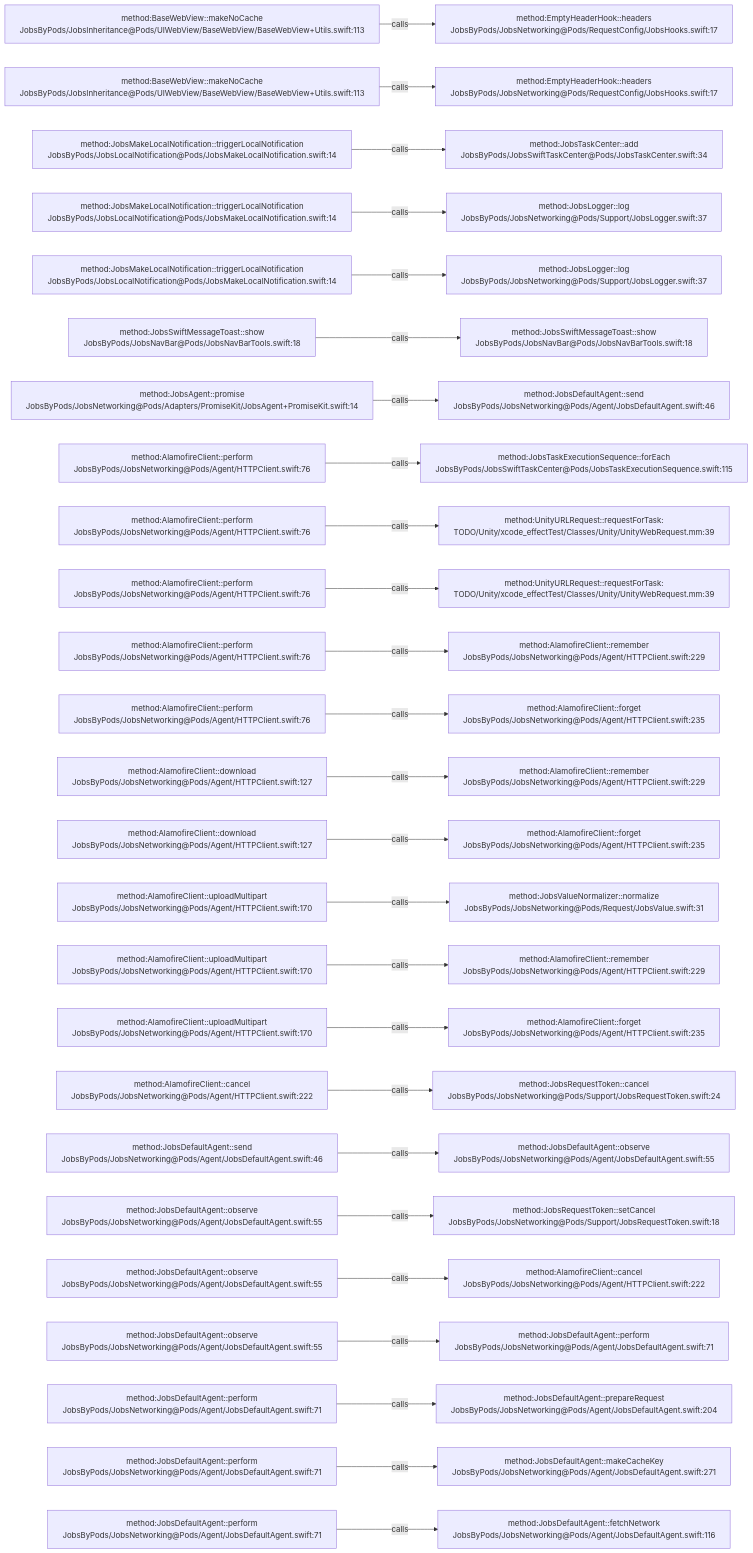
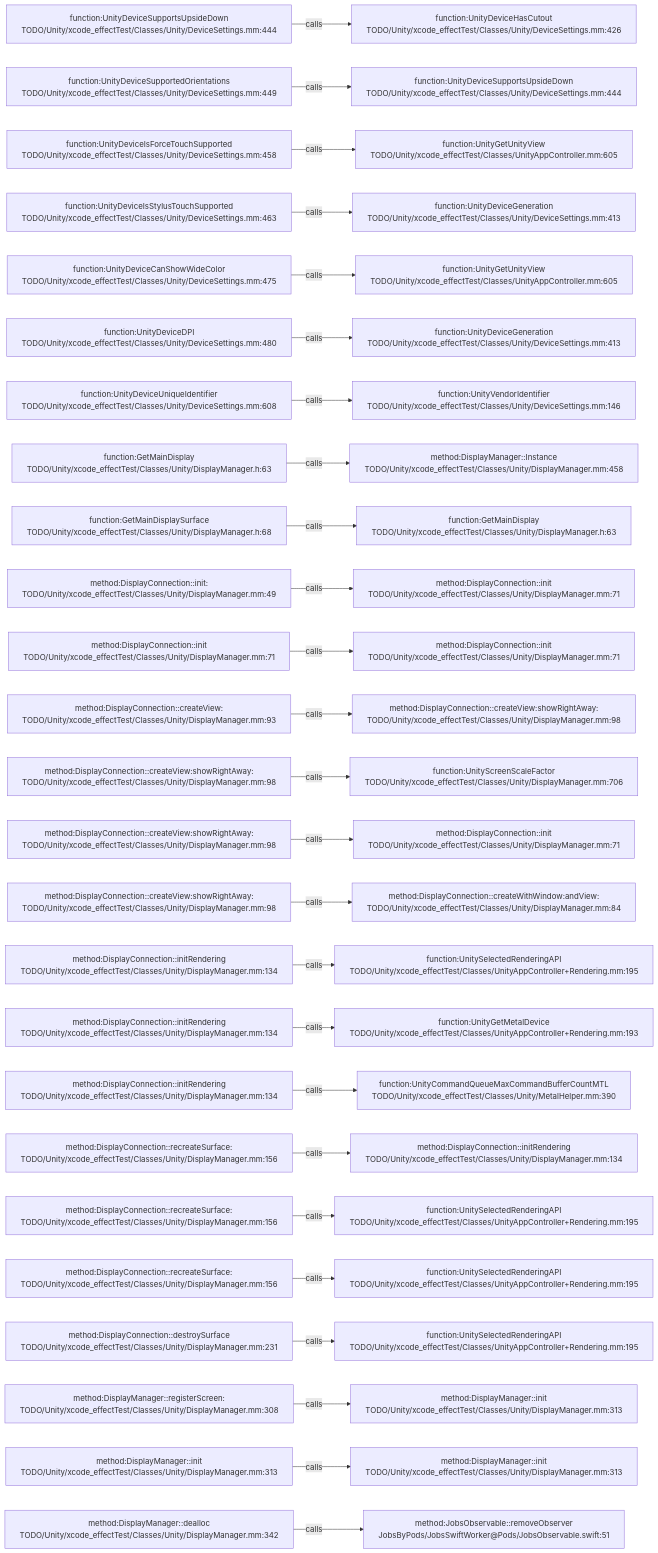
The diagram in .codegraph/codegraph.md/graphs/calls-036.md (JobsKits/JobsSwiftBaseConfigDemo), drawn with Mermaid before and after one commit. The commit also changed 227 other files, not shown here.

````diff
--- a/.codegraph/codegraph.md/graphs/calls-036.md
+++ b/.codegraph/codegraph.md/graphs/calls-036.md
@@ -13,78 +13,78 @@
 ```mermaid
 flowchart LR
-  S1["method:BaseWebView::makeNoCache<br/>JobsByPods/JobsInheritance@Pods/UIWebView/BaseWebView/BaseWebView+Utils.swift:113"]
-  T1["method:EmptyHeaderHook::headers<br/>JobsByPods/JobsNetworking@Pods/RequestConfig/JobsHooks.swift:17"]
+  S1["function:UnityDeviceSupportsUpsideDown<br/>TODO/Unity/xcode_effectTest/Classes/Unity/DeviceSettings.mm:444"]
+  T1["function:UnityDeviceHasCutout<br/>TODO/Unity/xcode_effectTest/Classes/Unity/DeviceSettings.mm:426"]
   S1 -->|calls| T1
-  S2["method:BaseWebView::makeNoCache<br/>JobsByPods/JobsInheritance@Pods/UIWebView/BaseWebView/BaseWebView+Utils.swift:113"]
-  T2["method:EmptyHeaderHook::headers<br/>JobsByPods/JobsNetworking@Pods/RequestConfig/JobsHooks.swift:17"]
+  S2["function:UnityDeviceSupportedOrientations<br/>TODO/Unity/xcode_effectTest/Classes/Unity/DeviceSettings.mm:449"]
+  T2["function:UnityDeviceSupportsUpsideDown<br/>TODO/Unity/xcode_effectTest/Classes/Unity/DeviceSettings.mm:444"]
   S2 -->|calls| T2
-  S3["method:JobsMakeLocalNotification::triggerLocalNotification<br/>JobsByPods/JobsLocalNotification@Pods/JobsMakeLocalNotification.swift:14"]
-  T3["method:JobsTaskCenter::add<br/>JobsByPods/JobsSwiftTaskCenter@Pods/JobsTaskCenter.swift:34"]
+  S3["function:UnityDeviceIsForceTouchSupported<br/>TODO/Unity/xcode_effectTest/Classes/Unity/DeviceSettings.mm:458"]
+  T3["function:UnityGetUnityView<br/>TODO/Unity/xcode_effectTest/Classes/UnityAppController.mm:605"]
   S3 -->|calls| T3
-  S4["method:JobsMakeLocalNotification::triggerLocalNotification<br/>JobsByPods/JobsLocalNotification@Pods/JobsMakeLocalNotification.swift:14"]
-  T4["method:JobsLogger::log<br/>JobsByPods/JobsNetworking@Pods/Support/JobsLogger.swift:37"]
+  S4["function:UnityDeviceIsStylusTouchSupported<br/>TODO/Unity/xcode_effectTest/Classes/Unity/DeviceSettings.mm:463"]
+  T4["function:UnityDeviceGeneration<br/>TODO/Unity/xcode_effectTest/Classes/Unity/DeviceSettings.mm:413"]
   S4 -->|calls| T4
-  S5["method:JobsMakeLocalNotification::triggerLocalNotification<br/>JobsByPods/JobsLocalNotification@Pods/JobsMakeLocalNotification.swift:14"]
-  T5["method:JobsLogger::log<br/>JobsByPods/JobsNetworking@Pods/Support/JobsLogger.swift:37"]
+  S5["function:UnityDeviceCanShowWideColor<br/>TODO/Unity/xcode_effectTest/Classes/Unity/DeviceSettings.mm:475"]
+  T5["function:UnityGetUnityView<br/>TODO/Unity/xcode_effectTest/Classes/UnityAppController.mm:605"]
   S5 -->|calls| T5
-  S6["method:JobsSwiftMessageToast::show<br/>JobsByPods/JobsNavBar@Pods/JobsNavBarTools.swift:18"]
-  T6["method:JobsSwiftMessageToast::show<br/>JobsByPods/JobsNavBar@Pods/JobsNavBarTools.swift:18"]
+  S6["function:UnityDeviceDPI<br/>TODO/Unity/xcode_effectTest/Classes/Unity/DeviceSettings.mm:480"]
+  T6["function:UnityDeviceGeneration<br/>TODO/Unity/xcode_effectTest/Classes/Unity/DeviceSettings.mm:413"]
   S6 -->|calls| T6
-  S7["method:JobsAgent::promise<br/>JobsByPods/JobsNetworking@Pods/Adapters/PromiseKit/JobsAgent+PromiseKit.swift:14"]
-  T7["method:JobsDefaultAgent::send<br/>JobsByPods/JobsNetworking@Pods/Agent/JobsDefaultAgent.swift:46"]
+  S7["function:UnityDeviceUniqueIdentifier<br/>TODO/Unity/xcode_effectTest/Classes/Unity/DeviceSettings.mm:608"]
+  T7["function:UnityVendorIdentifier<br/>TODO/Unity/xcode_effectTest/Classes/Unity/DeviceSettings.mm:146"]
   S7 -->|calls| T7
-  S8["method:AlamofireClient::perform<br/>JobsByPods/JobsNetworking@Pods/Agent/HTTPClient.swift:76"]
-  T8["method:JobsTaskExecutionSequence::forEach<br/>JobsByPods/JobsSwiftTaskCenter@Pods/JobsTaskExecutionSequence.swift:115"]
+  S8["function:GetMainDisplay<br/>TODO/Unity/xcode_effectTest/Classes/Unity/DisplayManager.h:63"]
+  T8["method:DisplayManager::Instance<br/>TODO/Unity/xcode_effectTest/Classes/Unity/DisplayManager.mm:458"]
   S8 -->|calls| T8
-  S9["method:AlamofireClient::perform<br/>JobsByPods/JobsNetworking@Pods/Agent/HTTPClient.swift:76"]
-  T9["method:UnityURLRequest::requestForTask:<br/>TODO/Unity/xcode_effectTest/Classes/Unity/UnityWebRequest.mm:39"]
+  S9["function:GetMainDisplaySurface<br/>TODO/Unity/xcode_effectTest/Classes/Unity/DisplayManager.h:68"]
+  T9["function:GetMainDisplay<br/>TODO/Unity/xcode_effectTest/Classes/Unity/DisplayManager.h:63"]
   S9 -->|calls| T9
-  S10["method:AlamofireClient::perform<br/>JobsByPods/JobsNetworking@Pods/Agent/HTTPClient.swift:76"]
-  T10["method:UnityURLRequest::requestForTask:<br/>TODO/Unity/xcode_effectTest/Classes/Unity/UnityWebRequest.mm:39"]
+  S10["method:DisplayConnection::init:<br/>TODO/Unity/xcode_effectTest/Classes/Unity/DisplayManager.mm:49"]
+  T10["method:DisplayConnection::init<br/>TODO/Unity/xcode_effectTest/Classes/Unity/DisplayManager.mm:71"]
   S10 -->|calls| T10
-  S11["method:AlamofireClient::perform<br/>JobsByPods/JobsNetworking@Pods/Agent/HTTPClient.swift:76"]
-  T11["method:AlamofireClient::remember<br/>JobsByPods/JobsNetworking@Pods/Agent/HTTPClient.swift:229"]
+  S11["method:DisplayConnection::init<br/>TODO/Unity/xcode_effectTest/Classes/Unity/DisplayManager.mm:71"]
+  T11["method:DisplayConnection::init<br/>TODO/Unity/xcode_effectTest/Classes/Unity/DisplayManager.mm:71"]
   S11 -->|calls| T11
-  S12["method:AlamofireClient::perform<br/>JobsByPods/JobsNetworking@Pods/Agent/HTTPClient.swift:76"]
-  T12["method:AlamofireClient::forget<br/>JobsByPods/JobsNetworking@Pods/Agent/HTTPClient.swift:235"]
+  S12["method:DisplayConnection::createView:<br/>TODO/Unity/xcode_effectTest/Classes/Unity/DisplayManager.mm:93"]
+  T12["method:DisplayConnection::createView:showRightAway:<br/>TODO/Unity/xcode_effectTest/Classes/Unity/DisplayManager.mm:98"]
   S12 -->|calls| T12
-  S13["method:AlamofireClient::download<br/>JobsByPods/JobsNetworking@Pods/Agent/HTTPClient.swift:127"]
-  T13["method:AlamofireClient::remember<br/>JobsByPods/JobsNetworking@Pods/Agent/HTTPClient.swift:229"]
+  S13["method:DisplayConnection::createView:showRightAway:<br/>TODO/Unity/xcode_effectTest/Classes/Unity/DisplayManager.mm:98"]
+  T13["function:UnityScreenScaleFactor<br/>TODO/Unity/xcode_effectTest/Classes/Unity/DisplayManager.mm:706"]
   S13 -->|calls| T13
-  S14["method:AlamofireClient::download<br/>JobsByPods/JobsNetworking@Pods/Agent/HTTPClient.swift:127"]
-  T14["method:AlamofireClient::forget<br/>JobsByPods/JobsNetworking@Pods/Agent/HTTPClient.swift:235"]
+  S14["method:DisplayConnection::createView:showRightAway:<br/>TODO/Unity/xcode_effectTest/Classes/Unity/DisplayManager.mm:98"]
+  T14["method:DisplayConnection::init<br/>TODO/Unity/xcode_effectTest/Classes/Unity/DisplayManager.mm:71"]
   S14 -->|calls| T14
-  S15["method:AlamofireClient::uploadMultipart<br/>JobsByPods/JobsNetworking@Pods/Agent/HTTPClient.swift:170"]
-  T15["method:JobsValueNormalizer::normalize<br/>JobsByPods/JobsNetworking@Pods/Request/JobsValue.swift:31"]
+  S15["method:DisplayConnection::createView:showRightAway:<br/>TODO/Unity/xcode_effectTest/Classes/Unity/DisplayManager.mm:98"]
+  T15["method:DisplayConnection::createWithWindow:andView:<br/>TODO/Unity/xcode_effectTest/Classes/Unity/DisplayManager.mm:84"]
   S15 -->|calls| T15
-  S16["method:AlamofireClient::uploadMultipart<br/>JobsByPods/JobsNetworking@Pods/Agent/HTTPClient.swift:170"]
-  T16["method:AlamofireClient::remember<br/>JobsByPods/JobsNetworking@Pods/Agent/HTTPClient.swift:229"]
+  S16["method:DisplayConnection::initRendering<br/>TODO/Unity/xcode_effectTest/Classes/Unity/DisplayManager.mm:134"]
+  T16["function:UnitySelectedRenderingAPI<br/>TODO/Unity/xcode_effectTest/Classes/UnityAppController+Rendering.mm:195"]
   S16 -->|calls| T16
-  S17["method:AlamofireClient::uploadMultipart<br/>JobsByPods/JobsNetworking@Pods/Agent/HTTPClient.swift:170"]
-  T17["method:AlamofireClient::forget<br/>JobsByPods/JobsNetworking@Pods/Agent/HTTPClient.swift:235"]
+  S17["method:DisplayConnection::initRendering<br/>TODO/Unity/xcode_effectTest/Classes/Unity/DisplayManager.mm:134"]
+  T17["function:UnityGetMetalDevice<br/>TODO/Unity/xcode_effectTest/Classes/UnityAppController+Rendering.mm:193"]
   S17 -->|calls| T17
-  S18["method:AlamofireClient::cancel<br/>JobsByPods/JobsNetworking@Pods/Agent/HTTPClient.swift:222"]
-  T18["method:JobsRequestToken::cancel<br/>JobsByPods/JobsNetworking@Pods/Support/JobsRequestToken.swift:24"]
+  S18["method:DisplayConnection::initRendering<br/>TODO/Unity/xcode_effectTest/Classes/Unity/DisplayManager.mm:134"]
+  T18["function:UnityCommandQueueMaxCommandBufferCountMTL<br/>TODO/Unity/xcode_effectTest/Classes/Unity/MetalHelper.mm:390"]
   S18 -->|calls| T18
-  S19["method:JobsDefaultAgent::send<br/>JobsByPods/JobsNetworking@Pods/Agent/JobsDefaultAgent.swift:46"]
-  T19["method:JobsDefaultAgent::observe<br/>JobsByPods/JobsNetworking@Pods/Agent/JobsDefaultAgent.swift:55"]
+  S19["method:DisplayConnection::recreateSurface:<br/>TODO/Unity/xcode_effectTest/Classes/Unity/DisplayManager.mm:156"]
+  T19["method:DisplayConnection::initRendering<br/>TODO/Unity/xcode_effectTest/Classes/Unity/DisplayManager.mm:134"]
   S19 -->|calls| T19
-  S20["method:JobsDefaultAgent::observe<br/>JobsByPods/JobsNetworking@Pods/Agent/JobsDefaultAgent.swift:55"]
-  T20["method:JobsRequestToken::setCancel<br/>JobsByPods/JobsNetworking@Pods/Support/JobsRequestToken.swift:18"]
+  S20["method:DisplayConnection::recreateSurface:<br/>TODO/Unity/xcode_effectTest/Classes/Unity/DisplayManager.mm:156"]
+  T20["function:UnitySelectedRenderingAPI<br/>TODO/Unity/xcode_effectTest/Classes/UnityAppController+Rendering.mm:195"]
   S20 -->|calls| T20
-  S21["method:JobsDefaultAgent::observe<br/>JobsByPods/JobsNetworking@Pods/Agent/JobsDefaultAgent.swift:55"]
-  T21["method:AlamofireClient::cancel<br/>JobsByPods/JobsNetworking@Pods/Agent/HTTPClient.swift:222"]
+  S21["method:DisplayConnection::recreateSurface:<br/>TODO/Unity/xcode_effectTest/Classes/Unity/DisplayManager.mm:156"]
+  T21["function:UnitySelectedRenderingAPI<br/>TODO/Unity/xcode_effectTest/Classes/UnityAppController+Rendering.mm:195"]
   S21 -->|calls| T21
-  S22["method:JobsDefaultAgent::observe<br/>JobsByPods/JobsNetworking@Pods/Agent/JobsDefaultAgent.swift:55"]
-  T22["method:JobsDefaultAgent::perform<br/>JobsByPods/JobsNetworking@Pods/Agent/JobsDefaultAgent.swift:71"]
+  S22["method:DisplayConnection::destroySurface<br/>TODO/Unity/xcode_effectTest/Classes/Unity/DisplayManager.mm:231"]
+  T22["function:UnitySelectedRenderingAPI<br/>TODO/Unity/xcode_effectTest/Classes/UnityAppController+Rendering.mm:195"]
   S22 -->|calls| T22
-  S23["method:JobsDefaultAgent::perform<br/>JobsByPods/JobsNetworking@Pods/Agent/JobsDefaultAgent.swift:71"]
-  T23["method:JobsDefaultAgent::prepareRequest<br/>JobsByPods/JobsNetworking@Pods/Agent/JobsDefaultAgent.swift:204"]
+  S23["method:DisplayManager::registerScreen:<br/>TODO/Unity/xcode_effectTest/Classes/Unity/DisplayManager.mm:308"]
+  T23["method:DisplayManager::init<br/>TODO/Unity/xcode_effectTest/Classes/Unity/DisplayManager.mm:313"]
   S23 -->|calls| T23
-  S24["method:JobsDefaultAgent::perform<br/>JobsByPods/JobsNetworking@Pods/Agent/JobsDefaultAgent.swift:71"]
-  T24["method:JobsDefaultAgent::makeCacheKey<br/>JobsByPods/JobsNetworking@Pods/Agent/JobsDefaultAgent.swift:271"]
+  S24["method:DisplayManager::init<br/>TODO/Unity/xcode_effectTest/Classes/Unity/DisplayManager.mm:313"]
+  T24["method:DisplayManager::init<br/>TODO/Unity/xcode_effectTest/Classes/Unity/DisplayManager.mm:313"]
   S24 -->|calls| T24
-  S25["method:JobsDefaultAgent::perform<br/>JobsByPods/JobsNetworking@Pods/Agent/JobsDefaultAgent.swift:71"]
-  T25["method:JobsDefaultAgent::fetchNetwork<br/>JobsByPods/JobsNetworking@Pods/Agent/JobsDefaultAgent.swift:116"]
+  S25["method:DisplayManager::dealloc<br/>TODO/Unity/xcode_effectTest/Classes/Unity/DisplayManager.mm:342"]
+  T25["method:JobsObservable::removeObserver<br/>JobsByPods/JobsSwiftWorker@Pods/JobsObservable.swift:51"]
   S25 -->|calls| T25
 ```
````
